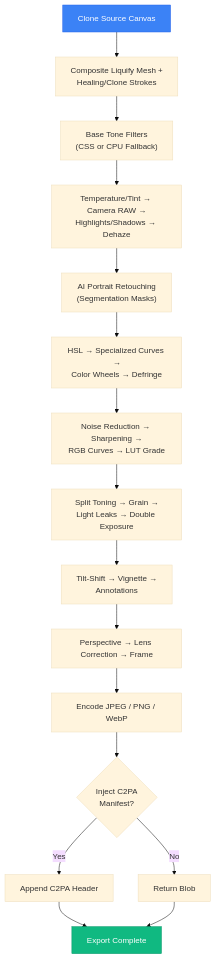
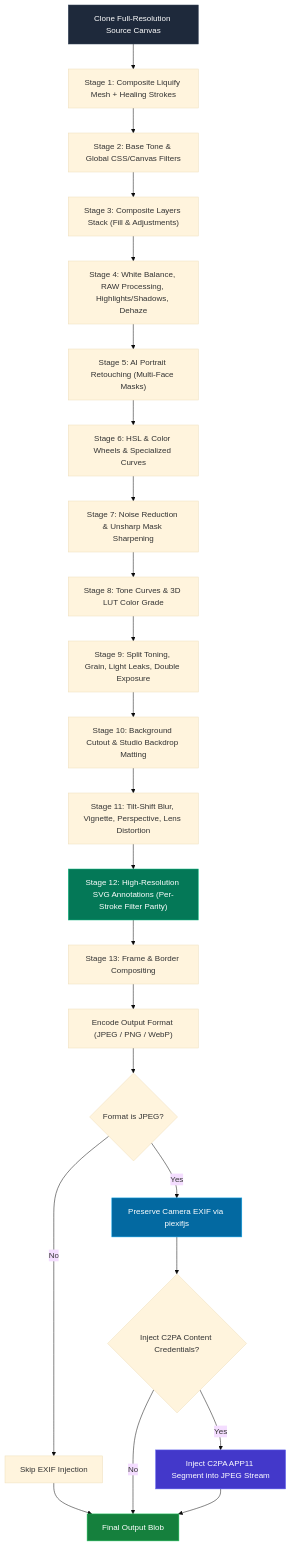
The fifth of 6 diagrams in docs/IMAGE_EDITOR.md (VardhmanSurana/Prism), drawn with Mermaid (base theme) before and after one commit. The commit also changed other lines of this file, not shown here.

First line of the commit message:
docs(editor): update IMAGE_EDITOR.md with complete modular architecture and tools

````diff
--- a/docs/IMAGE_EDITOR.md
+++ b/docs/IMAGE_EDITOR.md
@@ -229,21 +485,31 @@
 ```mermaid
 flowchart TD
-    A["Clone Source Canvas"] --> B["Composite Liquify Mesh +<br/>Healing/Clone Strokes"]
-    B --> C["Base Tone Filters<br/>(CSS or CPU Fallback)"]
-    C --> D["Temperature/Tint → Camera RAW →<br/>Highlights/Shadows → Dehaze"]
-    D --> E["AI Portrait Retouching<br/>(Segmentation Masks)"]
-    E --> F["HSL → Specialized Curves →<br/>Color Wheels → Defringe"]
-    F --> G["Noise Reduction → Sharpening →<br/>RGB Curves → LUT Grade"]
-    G --> H["Split Toning → Grain →<br/>Light Leaks → Double Exposure"]
-    H --> I["Tilt-Shift → Vignette →<br/>Annotations"]
-    I --> J["Perspective → Lens Correction → Frame"]
-    J --> K["Encode JPEG / PNG / WebP"]
-    K --> L{"Inject C2PA<br/>Manifest?"}
-    L -->|Yes| M["Append C2PA Header"]
-    L -->|No| N["Return Blob"]
-    M --> O["Export Complete"]
-    N --> O
+    A["Clone Full-Resolution Source Canvas"] --> B["Stage 1: Composite Liquify Mesh + Healing Strokes"]
+    B --> C["Stage 2: Base Tone & Global CSS/Canvas Filters"]
+    C --> D["Stage 3: Composite Layers Stack (Fill & Adjustments)"]
+    D --> E["Stage 4: White Balance, RAW Processing, Highlights/Shadows, Dehaze"]
+    E --> F["Stage 5: AI Portrait Retouching (Multi-Face Masks)"]
+    F --> G["Stage 6: HSL & Color Wheels & Specialized Curves"]
+    G --> H["Stage 7: Noise Reduction & Unsharp Mask Sharpening"]
+    H --> I["Stage 8: Tone Curves & 3D LUT Color Grade"]
+    I --> J["Stage 9: Split Toning, Grain, Light Leaks, Double Exposure"]
+    J --> K["Stage 10: Background Cutout & Studio Backdrop Matting"]
+    K --> L["Stage 11: Tilt-Shift Blur, Vignette, Perspective, Lens Distortion"]
+    L --> M["Stage 12: High-Resolution SVG Annotations (Per-Stroke Filter Parity)"]
+    M --> N["Stage 13: Frame & Border Compositing"]
+    N --> O["Encode Output Format (JPEG / PNG / WebP)"]
+    O --> P{"Format is JPEG?"}
+    P -->|Yes| Q["Preserve Camera EXIF via piexifjs"]
+    P -->|No| S["Skip EXIF Injection"]
+    Q --> R{"Inject C2PA Content Credentials?"}
+    S --> T["Final Output Blob"]
+    R -->|Yes| U["Inject C2PA APP11 Segment into JPEG Stream"]
+    R -->|No| T
+    U --> T
 
-    style A fill:#3b82f6,stroke:#2563eb,color:#fff
-    style O fill:#10b981,stroke:#059669,color:#fff
+    style A fill:#1e293b,stroke:#334155,color:#fff
+    style M fill:#047857,stroke:#10b981,color:#fff
+    style Q fill:#0369a1,stroke:#0ea5e9,color:#fff
+    style U fill:#4338ca,stroke:#6366f1,color:#fff
+    style T fill:#15803d,stroke:#22c55e,color:#fff
 ```
````
